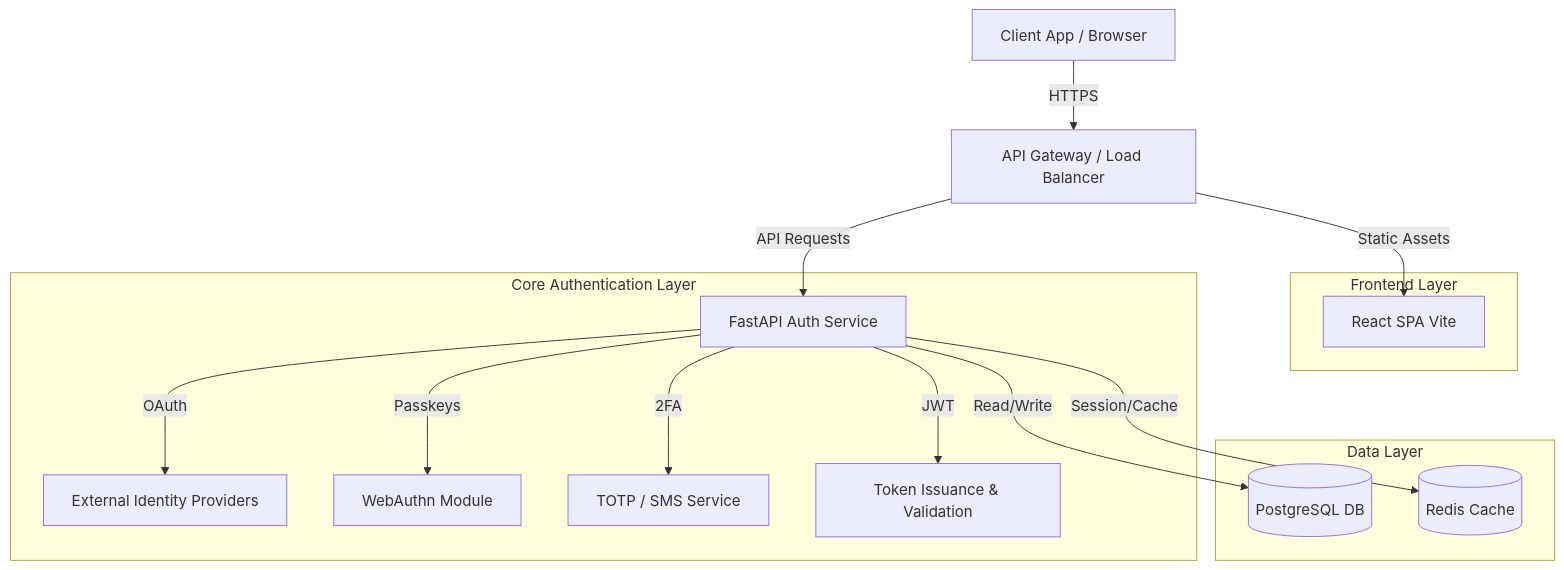
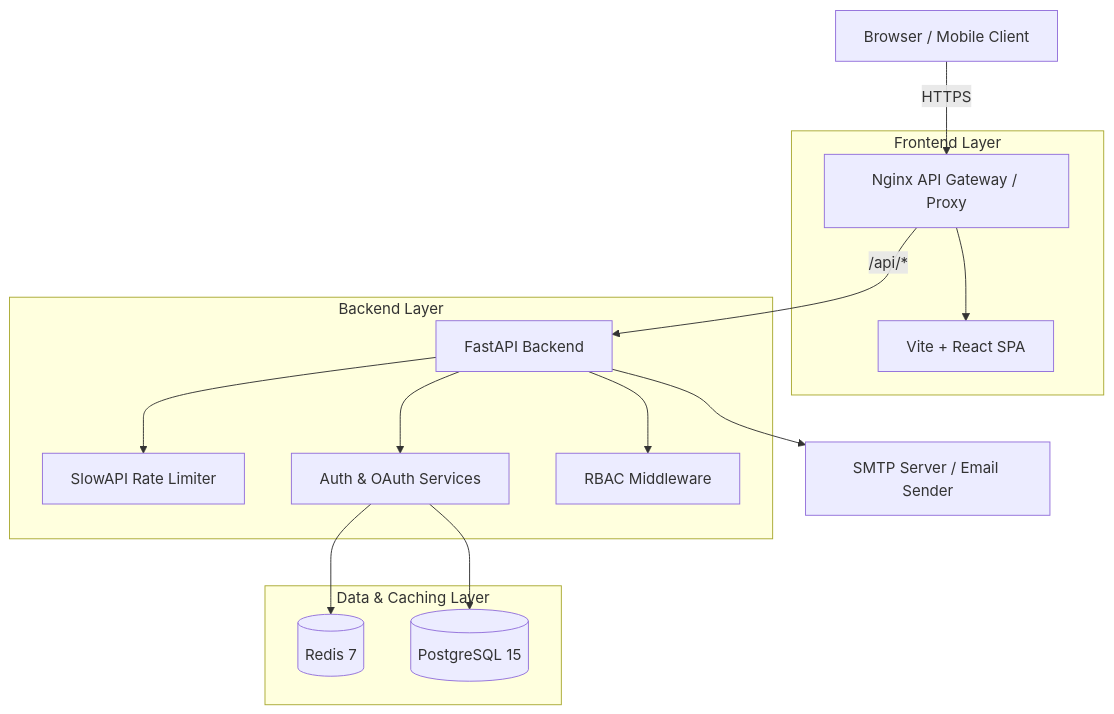
The diagram in README.md (PashKa-tech/auth-service), drawn with Mermaid before and after one commit. The commit also changed other lines of this file, not shown here.

Commit message:
docs: write massive enterprise README

````diff
--- a/README.md
+++ b/README.md
@@ -45,23 +54,22 @@
 ```mermaid
 graph TD
-    Client[Client App / Browser] -->|HTTPS| Gateway[API Gateway / Load Balancer]
+    Client[Browser / Mobile Client] -->|HTTPS| Nginx[Nginx API Gateway / Proxy]
     
-    subgraph "Frontend Layer"
-        ReactApp[React SPA Vite]
+    subgraph Frontend Layer
+        Nginx --> ReactApp[Vite + React SPA]
+    end
+
+    subgraph Backend Layer
+        Nginx -->|/api/*| FastAPI[FastAPI Backend]
+        FastAPI --> RateLimiter[SlowAPI Rate Limiter]
+        FastAPI --> AuthSvc[Auth & OAuth Services]
+        FastAPI --> RBACSvc[RBAC Middleware]
+    end
+
+    subgraph Data & Caching Layer
+        AuthSvc --> Redis[(Redis 7)]
+        AuthSvc --> DB[(PostgreSQL 15)]
     end
     
-    Gateway -->|Static Assets| ReactApp
-    Gateway -->|API Requests| AuthAPI[FastAPI Auth Service]
-    
-    subgraph "Core Authentication Layer"
-        AuthAPI -->|OAuth| ExternalIdP[External Identity Providers]
-        AuthAPI -->|Passkeys| WebAuthn[WebAuthn Module]
-        AuthAPI -->|2FA| MFAModule[TOTP / SMS Service]
-        AuthAPI -->|JWT| TokenService[Token Issuance & Validation]
-    end
-    
-    subgraph "Data Layer"
-        AuthAPI -->|Read/Write| Postgres[(PostgreSQL DB)]
-        AuthAPI -->|Session/Cache| Redis[(Redis Cache)]
-    end
+    FastAPI --> SMTP[SMTP Server / Email Sender]
 ```
````
